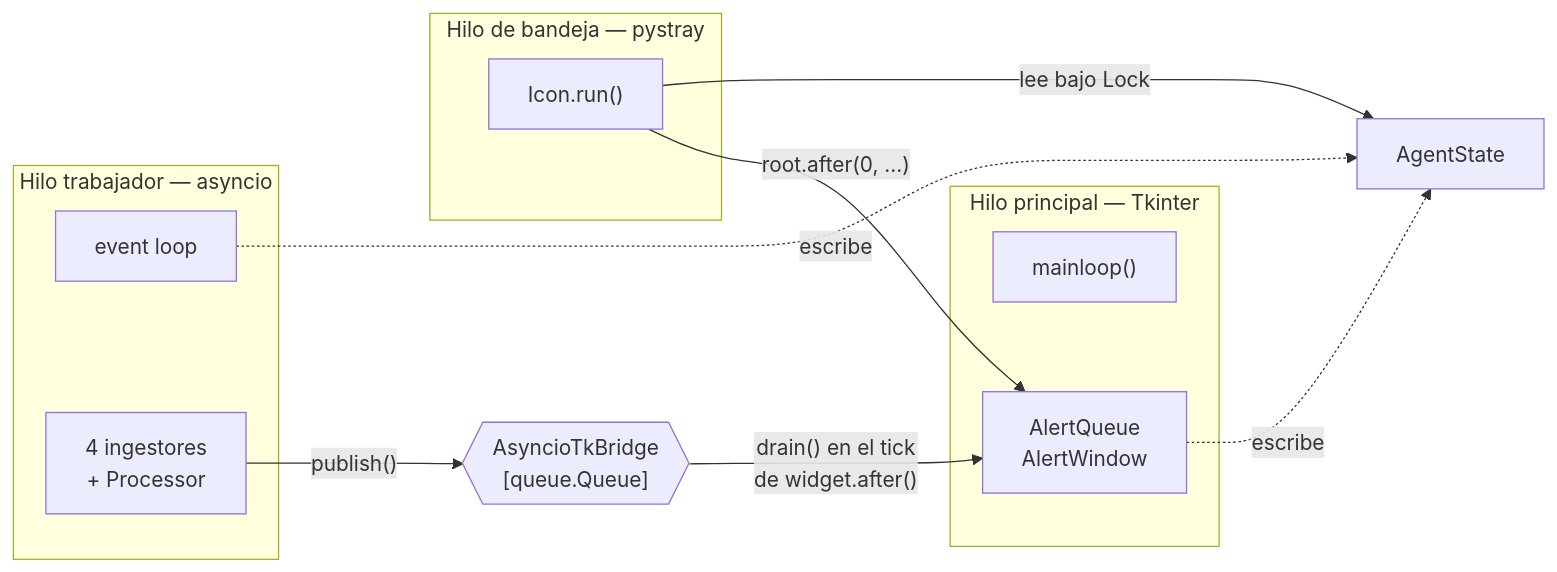
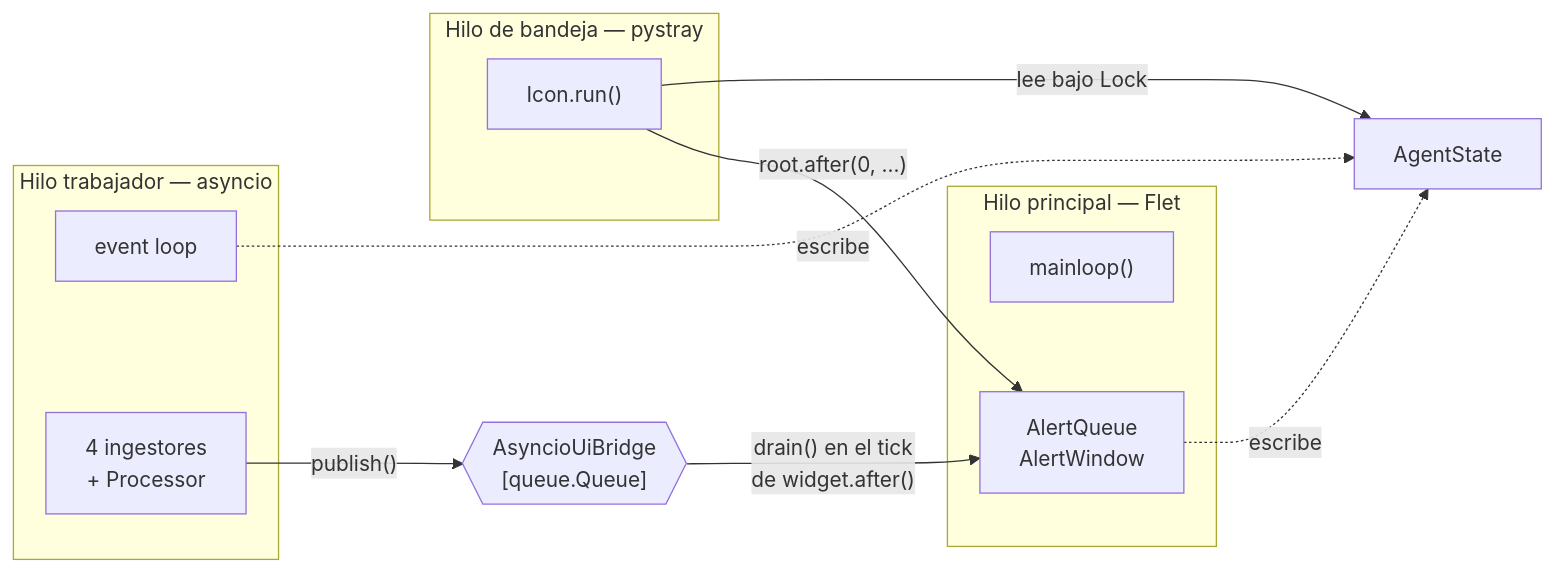
The fifth of 5 diagrams in docs/ARQUITECTURA-C4.md (ecrespo/vigia-eew), drawn with Mermaid before and after one commit. The commit also changed other lines of this file and 60 other files, not shown here.

````diff
--- a/docs/ARQUITECTURA-C4.md
+++ b/docs/ARQUITECTURA-C4.md
@@ -270,21 +270,21 @@
 ```mermaid
 flowchart LR
-    subgraph tk["Hilo principal — Tkinter"]
+    subgraph tk["Hilo principal — Flet"]
         mainloop["mainloop()"]
         aq["AlertQueue<br/>AlertWindow"]
     end
     subgraph aio["Hilo trabajador — asyncio"]
         loop["event loop"]
         ing2["4 ingestores<br/>+ Processor"]
     end
     subgraph tray2["Hilo de bandeja — pystray"]
         icon["Icon.run()"]
     end
 
-    ing2 -- "publish()" --> bridge{{"AsyncioTkBridge<br/>[queue.Queue]"}}
+    ing2 -- "publish()" --> bridge{{"AsyncioUiBridge<br/>[queue.Queue]"}}
     bridge -- "drain() en el tick<br/>de widget.after()" --> aq
     icon -- "root.after(0, …)" --> aq
     icon -- "lee bajo Lock" --> ast["AgentState"]
     loop -.escribe.-> ast
     aq -.escribe.-> ast
 ```
````
